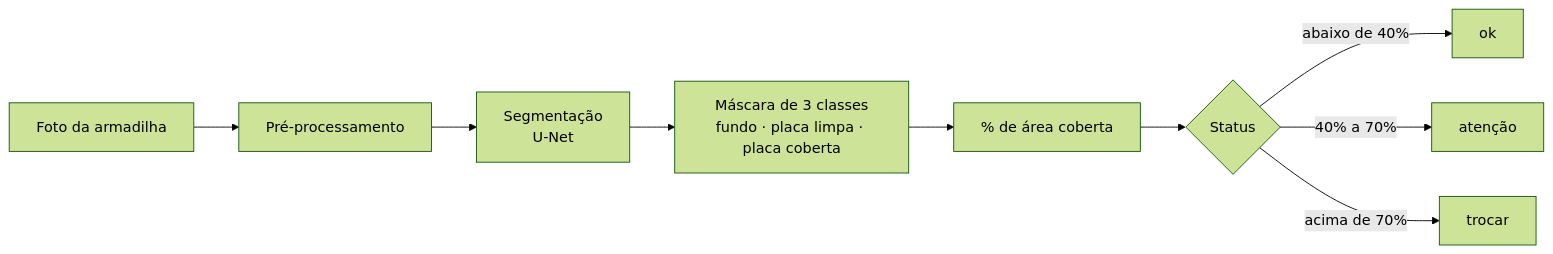
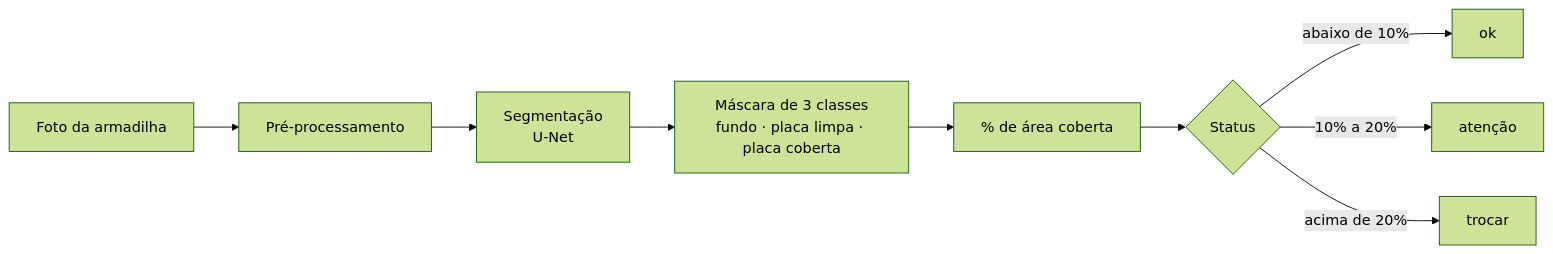
Before and after one commit to plfrancisco/trapsight-pi3: the first of 2 diagrams in README.md, drawn with Mermaid (forest theme). The commit also changed 13 other files, not shown here.

````diff
--- a/README.md
+++ b/README.md
@@ -22,11 +22,11 @@
 ```mermaid
 flowchart LR
     A[Foto da armadilha] --> B[Pré-processamento]
     B --> C[Segmentação<br/>U-Net]
     C --> D[Máscara de 3 classes<br/>fundo · placa limpa · placa coberta]
     D --> E[% de área coberta]
     E --> F{Status}
-    F -->|abaixo de 40%| G[ok]
-    F -->|40% a 70%| H[atenção]
-    F -->|acima de 70%| I[trocar]
+    F -->|abaixo de 10%| G[ok]
+    F -->|10% a 20%| H[atenção]
+    F -->|acima de 20%| I[trocar]
 ```
````
